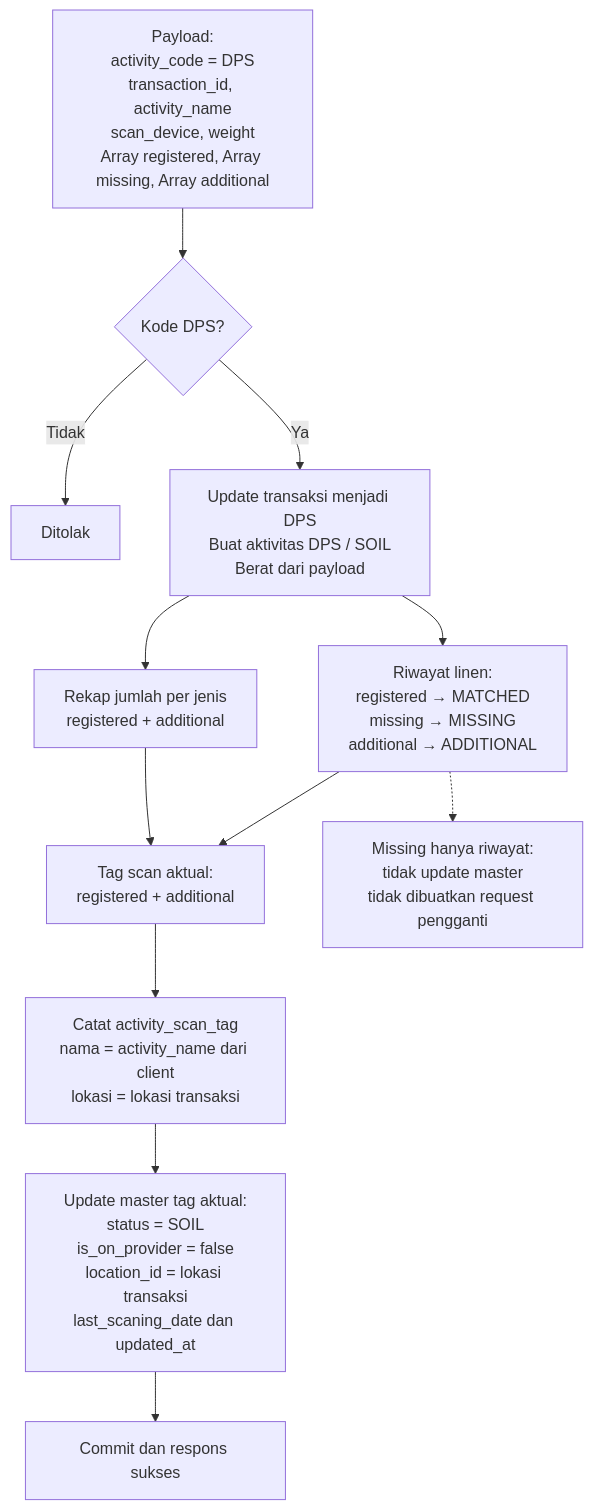
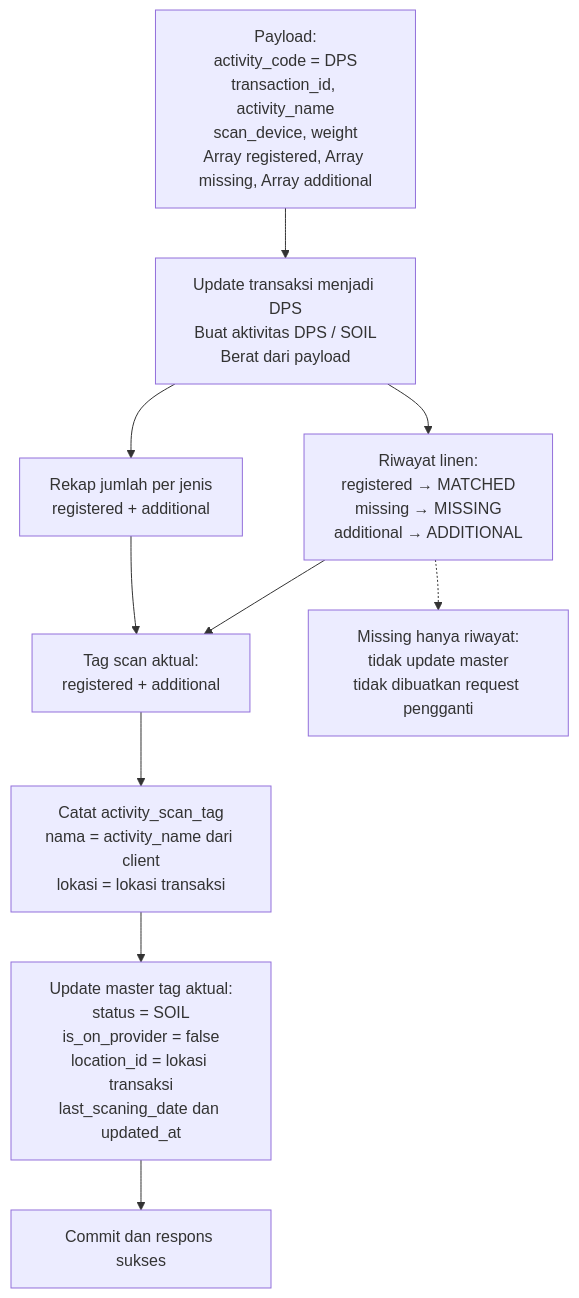
Before and after one commit to bagaskrmn/bac-flow-laundry: the second of 2 diagrams in laundry-activities/driver-pickup-soil.md, drawn with Mermaid. The commit also changed other lines of this file, not shown here.

````diff
--- a/laundry-activities/driver-pickup-soil.md
+++ b/laundry-activities/driver-pickup-soil.md
@@ -31,18 +30,16 @@
 ```mermaid
 flowchart TD
     N_IN["Payload:<br/>activity_code = DPS<br/>transaction_id, activity_name<br/>scan_device, weight<br/>Array registered, Array missing, Array additional"]
-    N_IN --> N_CHECK{"Kode DPS?"}
-    N_CHECK -->|Tidak| N_REJECT["Ditolak"]
-    N_CHECK -->|Ya| N_ACT["Update transaksi menjadi DPS<br/>Buat aktivitas DPS / SOIL<br/>Berat dari payload"]
+    N_IN --> N_ACT["Update transaksi menjadi DPS<br/>Buat aktivitas DPS / SOIL<br/>Berat dari payload"]
 
     N_ACT --> N_QTY["Rekap jumlah per jenis<br/>registered + additional"]
     N_ACT --> N_LOG["Riwayat linen:<br/>registered → MATCHED<br/>missing → MISSING<br/>additional → ADDITIONAL"]
 
     N_QTY --> N_REAL["Tag scan aktual:<br/>registered + additional"]
     N_LOG --> N_REAL
     N_REAL --> N_SCAN["Catat activity_scan_tag<br/>nama = activity_name dari client<br/>lokasi = lokasi transaksi"]
     N_SCAN --> N_MASTER["Update master tag aktual:<br/>status = SOIL<br/>is_on_provider = false<br/>location_id = lokasi transaksi<br/>last_scaning_date dan updated_at"]
     N_MASTER --> N_DONE["Commit dan respons sukses"]
 
     N_LOG -.-> N_MISS["Missing hanya riwayat:<br/>tidak update master<br/>tidak dibuatkan request pengganti"]
 ```
````
